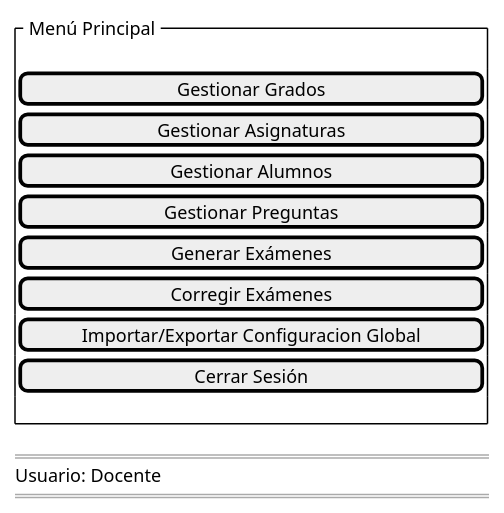
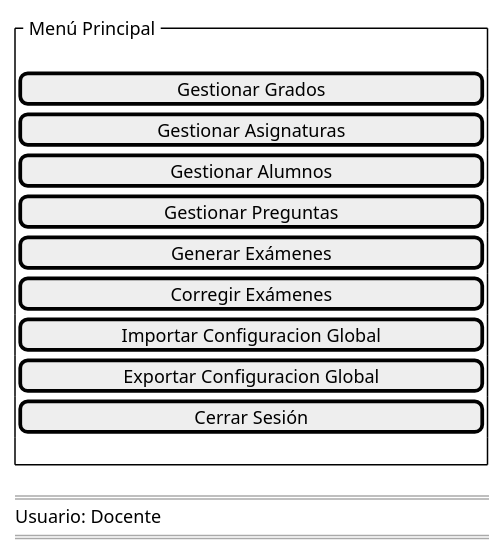
Before and after one commit to martinlopez7/25-26-IdSw1-SdR: the diagram in documents/casos-de-uso/prototipadoCasosDeUso/completarGestion/completarGestionDocente.puml, drawn with PlantUML. The commit also changed 3 other files, not shown here.

```diff
--- a/documents/casos-de-uso/prototipadoCasosDeUso/completarGestion/completarGestionDocente.puml
+++ b/documents/casos-de-uso/prototipadoCasosDeUso/completarGestion/completarGestionDocente.puml
@@ -1,19 +1,20 @@
 @startsalt
 {
     {^" Menú Principal "
         .
         [Gestionar Grados                      ]
         [Gestionar Asignaturas                 ]
         [Gestionar Alumnos                     ]
         [Gestionar Preguntas                   ]
         [Generar Exámenes                      ]
         [Corregir Exámenes                     ]
-        [Importar/Exportar Configuracion Global]
+        [Importar Configuracion Global         ]
+        [Exportar Configuracion Global         ]
         [Cerrar Sesión                         ]
         .
     }
     ====
     Usuario: Docente
     ====
 }
 @endsalt
```
